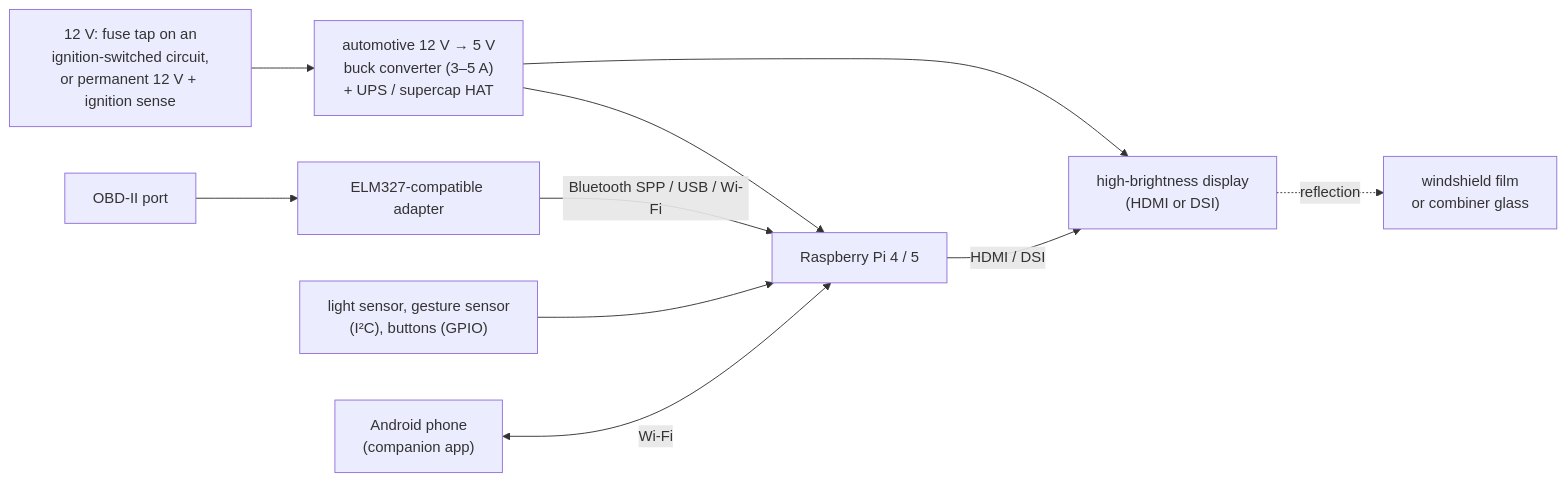
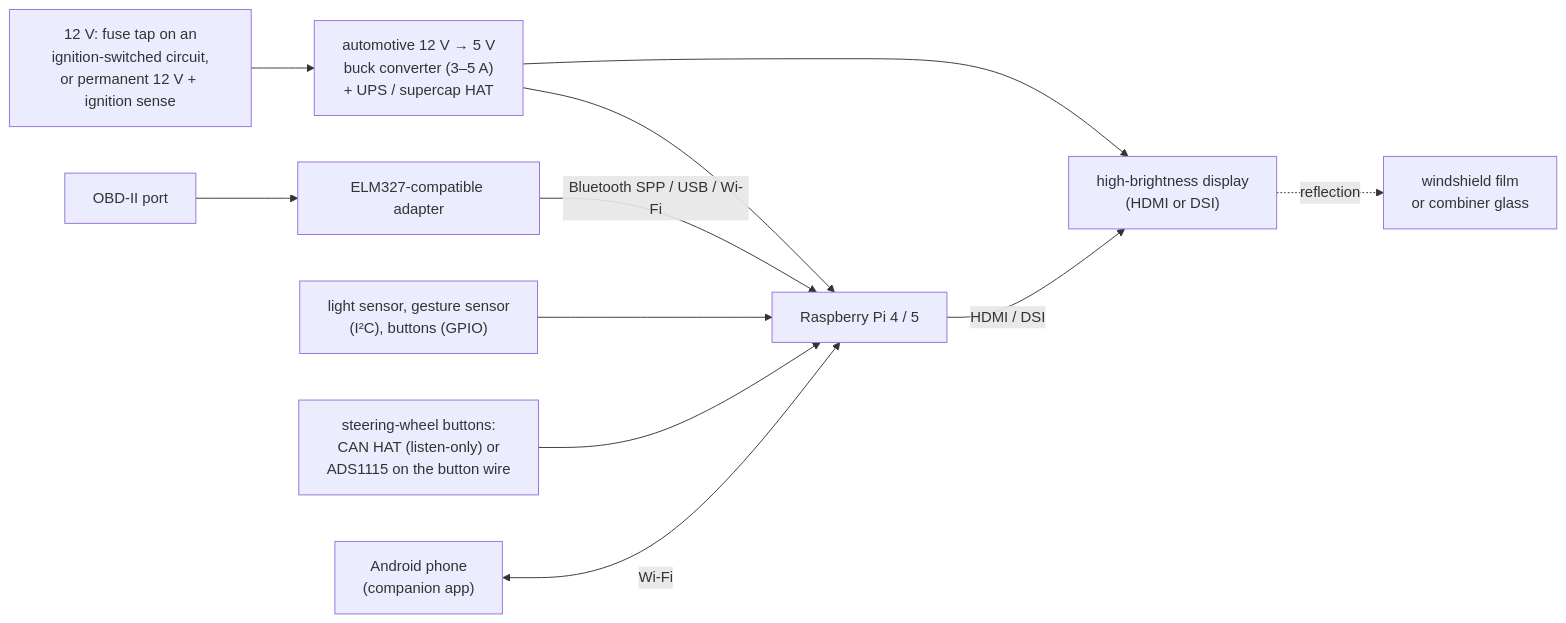
The diagram in docs/hardware.md (Platteration/carheadsup), drawn with Mermaid before and after one commit. The commit also changed other lines of this file and 64 other files, not shown here.

First line of the commit message:
Add a browser-only drive simulator and steering-wheel button inputs

````diff
--- a/docs/hardware.md
+++ b/docs/hardware.md
@@ -22,12 +22,13 @@
 ```mermaid
 flowchart LR
   bat["12 V: fuse tap on an<br/>ignition-switched circuit,<br/>or permanent 12 V + ignition sense"] --> psu["automotive 12 V → 5 V<br/>buck converter (3–5 A)<br/>+ UPS / supercap HAT"]
   psu --> pi["Raspberry Pi 4 / 5"]
   psu --> disp["high-brightness display<br/>(HDMI or DSI)"]
   pi -->|"HDMI / DSI"| disp
   disp -.->|reflection| glass["windshield film<br/>or combiner glass"]
   obd["OBD-II port"] --> elm["ELM327-compatible adapter"]
   elm -->|"Bluetooth SPP / USB / Wi-Fi"| pi
   sensors["light sensor, gesture sensor<br/>(I²C), buttons (GPIO)"] --> pi
+  swc["steering-wheel buttons:<br/>CAN HAT (listen-only) or<br/>ADS1115 on the button wire"] --> pi
   phone["Android phone<br/>(companion app)"] <-->|Wi-Fi| pi
 ```
````
